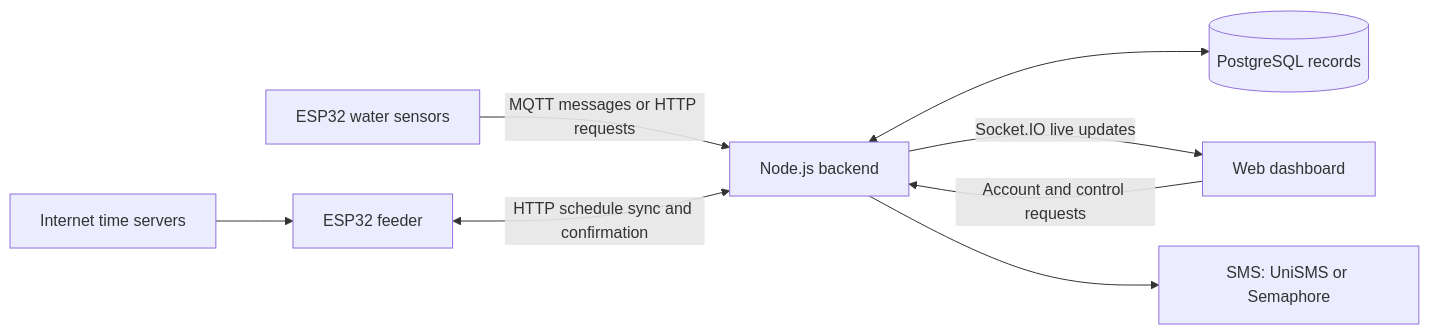
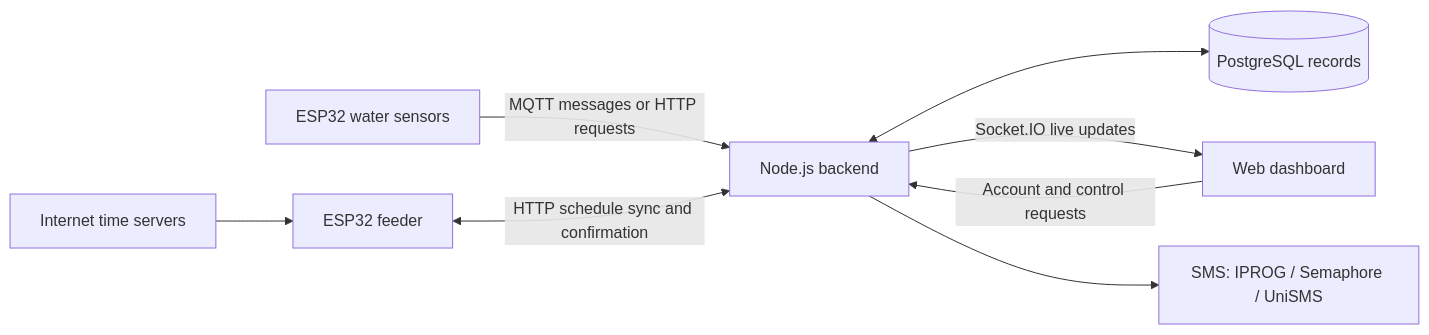
The diagram in README.md (KongSkull12/Aquasense), drawn with Mermaid before and after one commit. The commit also changed other lines of this file and 8 other files, not shown here.

First line of the commit message:
feat(sms): switch default gateway to IPROG SMS; harden feeder servo drive

````diff
--- a/README.md
+++ b/README.md
@@ -23,10 +23,10 @@
 ```mermaid
 flowchart LR
     Sensors[ESP32 water sensors] -->|MQTT messages or HTTP requests| Backend[Node.js backend]
     Backend <--> Database[(PostgreSQL records)]
     Backend -->|Socket.IO live updates| Dashboard[Web dashboard]
     Dashboard -->|Account and control requests| Backend
-    Backend --> SMS[SMS: UniSMS or Semaphore]
+    Backend --> SMS[SMS: IPROG / Semaphore / UniSMS]
     Feeder[ESP32 feeder] <-->|HTTP schedule sync and confirmation| Backend
     NTP[Internet time servers] --> Feeder
 ```
````
